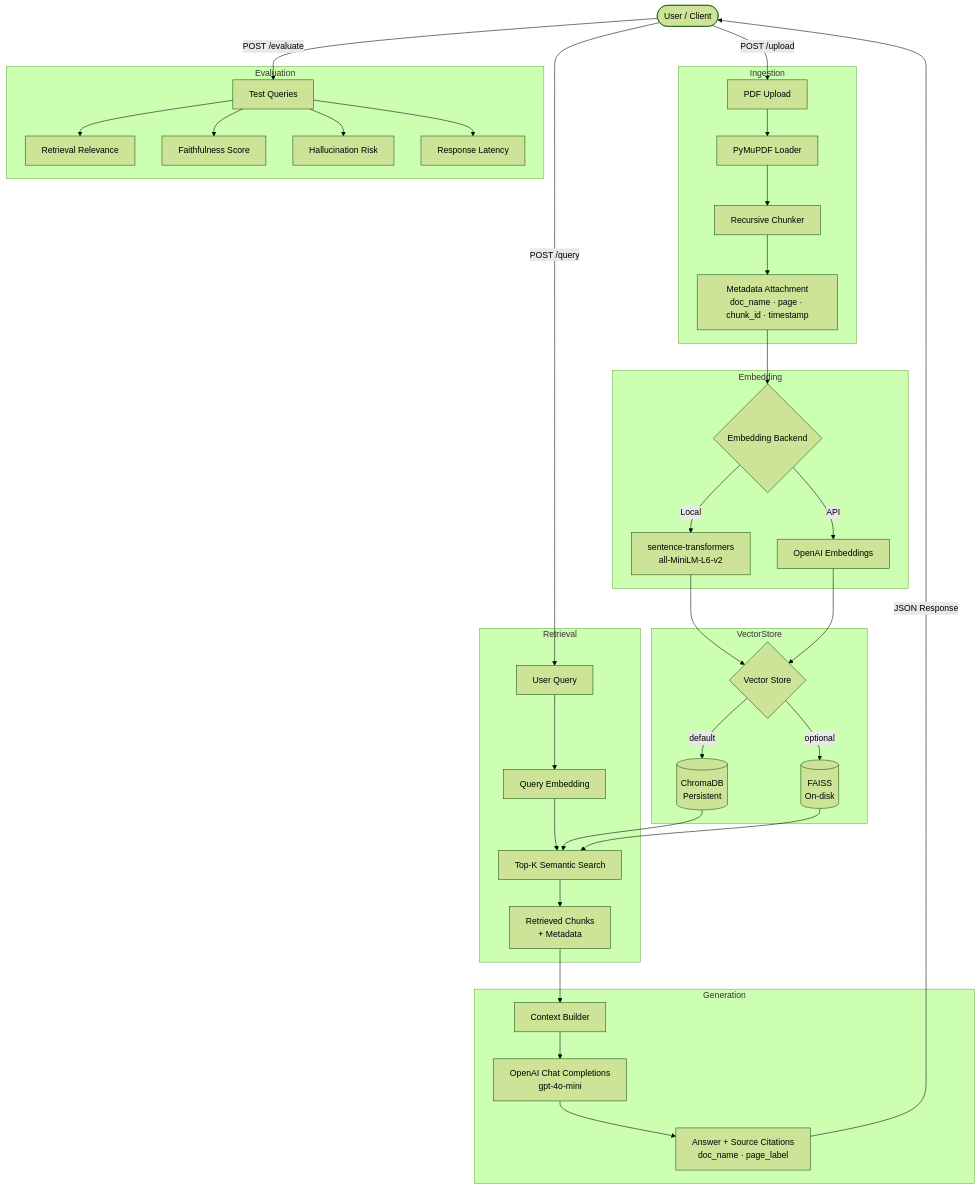
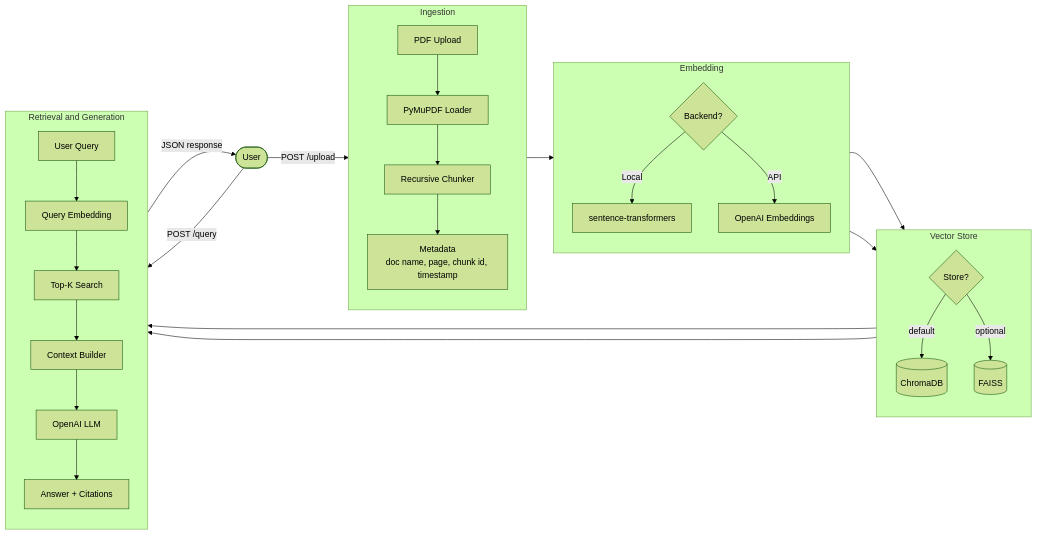
One commit to Nishantsgithub/DocuRAG-Intelligent-PDF-Question-Answering-System changed the diagram in README.md. Above: the diagram before and after it, drawn with Mermaid (forest theme). The commit also changed other lines of this file and 4 other files, not shown here.

````diff
--- a/README.md
+++ b/README.md
@@ -75,49 +106,43 @@
 ```mermaid
-flowchart TD
-    User([User / Client])
+flowchart LR
+    User([User])
 
-    subgraph Ingestion
+    subgraph Ingestion["Ingestion"]
+        direction TB
         A[PDF Upload] --> B[PyMuPDF Loader]
         B --> C[Recursive Chunker]
-        C --> D[Metadata Attachment\ndoc_name · page · chunk_id · timestamp]
+        C --> D[Metadata\ndoc name, page, chunk id, timestamp]
     end
 
-    subgraph Embedding
-        D --> E{Embedding Backend}
-        E -->|Local| F[sentence-transformers\nall-MiniLM-L6-v2]
+    subgraph Embedding["Embedding"]
+        direction TB
+        E{Backend?}
+        E -->|Local| F[sentence-transformers]
         E -->|API| G[OpenAI Embeddings]
     end
 
-    subgraph VectorStore
-        F --> H{Vector Store}
-        G --> H
-        H -->|default| I[(ChromaDB\nPersistent)]
-        H -->|optional| J[(FAISS\nOn-disk)]
+    subgraph Store["Vector Store"]
+        direction TB
+        H{Store?}
+        H -->|default| I[(ChromaDB)]
+        H -->|optional| J[(FAISS)]
     end
 
-    subgraph Retrieval
+    subgraph Query["Retrieval and Generation"]
+        direction TB
         K[User Query] --> L[Query Embedding]
-        L --> M[Top-K Semantic Search]
-        I --> M
-        J --> M
-        M --> N[Retrieved Chunks\n+ Metadata]
-    end
-
-    subgraph Generation
-        N --> O[Context Builder]
-        O --> P[OpenAI Chat Completions\ngpt-4o-mini]
-        P --> Q[Answer + Source Citations\ndoc_name · page_label]
-    end
-
-    subgraph Evaluation
-        R[Test Queries] --> S[Retrieval Relevance]
-        R --> T[Faithfulness Score]
-        R --> U[Hallucination Risk]
-        R --> V[Response Latency]
+        L --> M[Top-K Search]
+        M --> N[Context Builder]
+        N --> O[OpenAI LLM]
+        O --> P[Answer + Citations]
     end
 
     User -->|POST /upload| A
+    D --> E
+    F --> H
+    G --> H
+    I --> M
+    J --> M
+    P -->|JSON response| User
     User -->|POST /query| K
-    Q -->|JSON Response| User
-    User -->|POST /evaluate| R
 ```
````
